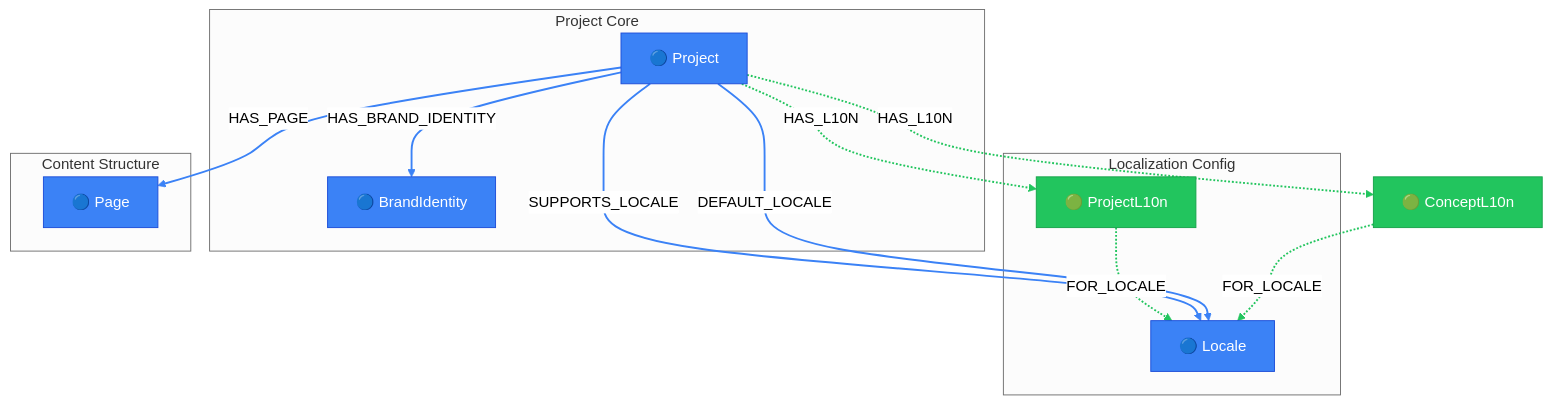
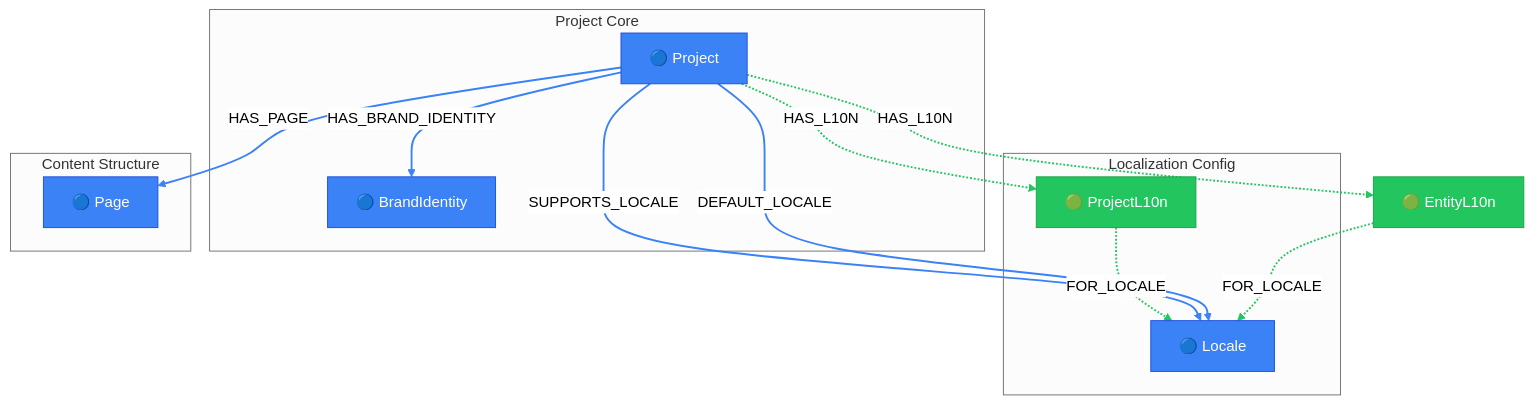
Before and after one commit to supernovae-st/novanet: the diagram in packages/core/models/docs/project-context.md, drawn with Mermaid (neutral theme). The commit also changed 42 other files, not shown here.

First line of the commit message:
refactor(core): complete v10.3 Entity-Centric Architecture cleanup

````diff
--- a/packages/core/models/docs/project-context.md
+++ b/packages/core/models/docs/project-context.md
@@ -25,51 +25,51 @@
 ```mermaid
 flowchart TB
   %% View: Project Context (project-context)
   %% 6 nodes, 8 edges
 
   %% Trait styling (node_trait)
   classDef invariant fill:#3b82f6,stroke:#1d4ed8,color:#fff
   classDef localized fill:#22c55e,stroke:#16a34a,color:#fff
   classDef knowledge fill:#8b5cf6,stroke:#7c3aed,color:#fff
   classDef derived fill:#9ca3af,stroke:#6b7280,color:#fff
   classDef job fill:#6b7280,stroke:#4b5563,color:#fff
 
   subgraph PROJECT_CORE["Project Core"]
     Project["🔵 Project"]
     BrandIdentity["🔵 BrandIdentity"]
   end
 
   subgraph LOCALIZATION_CONFIG["Localization Config"]
     ProjectL10n["🟢 ProjectL10n"]
     Locale["🔵 Locale"]
   end
 
   subgraph CONTENT_STRUCTURE["Content Structure"]
     Page["🔵 Page"]
   end
 
   %% Additional reachable nodes
-  ConceptL10n["🟢 ConceptL10n"]
+  EntityL10n["🟢 EntityL10n"]
 
   %% Relationships (styled by arc family)
-  ConceptL10n -.->|FOR_LOCALE| Locale
+  EntityL10n -.->|FOR_LOCALE| Locale
   Project -->|DEFAULT_LOCALE| Locale
   Project -->|HAS_BRAND_IDENTITY| BrandIdentity
-  Project -.->|HAS_L10N| ConceptL10n
+  Project -.->|HAS_L10N| EntityL10n
   Project -.->|HAS_L10N| ProjectL10n
   Project -->|HAS_PAGE| Page
   Project -->|SUPPORTS_LOCALE| Locale
   ProjectL10n -.->|FOR_LOCALE| Locale
 
   %% Edge colors by family
   linkStyle 0,3,4,7 stroke:#22c55e,stroke-width:2px
   linkStyle 1,2,5,6 stroke:#3b82f6,stroke-width:2px
 
   %% Class assignments
   class BrandIdentity invariant
-  class ConceptL10n localized
+  class EntityL10n localized
   class Locale invariant
   class Page invariant
   class Project invariant
   class ProjectL10n localized
 ```
````
